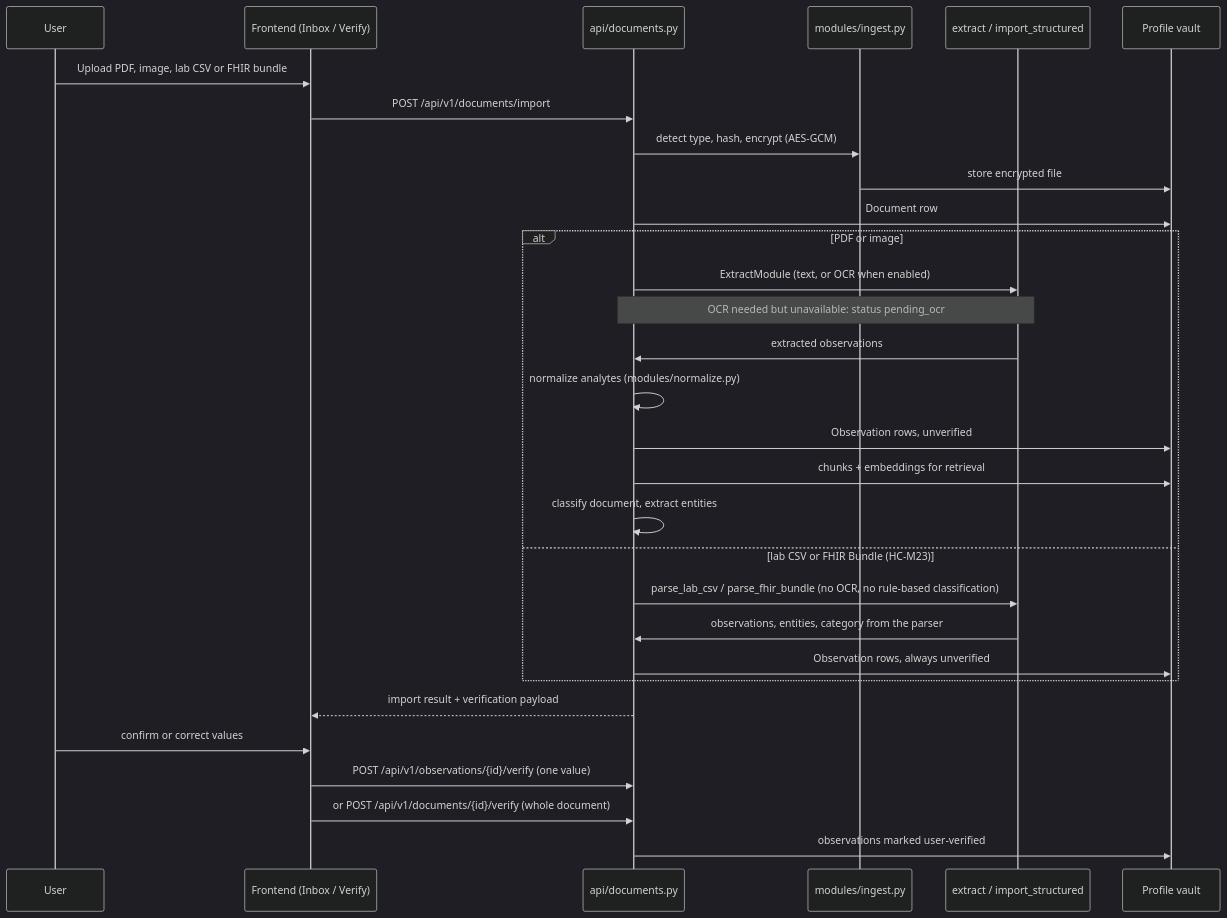
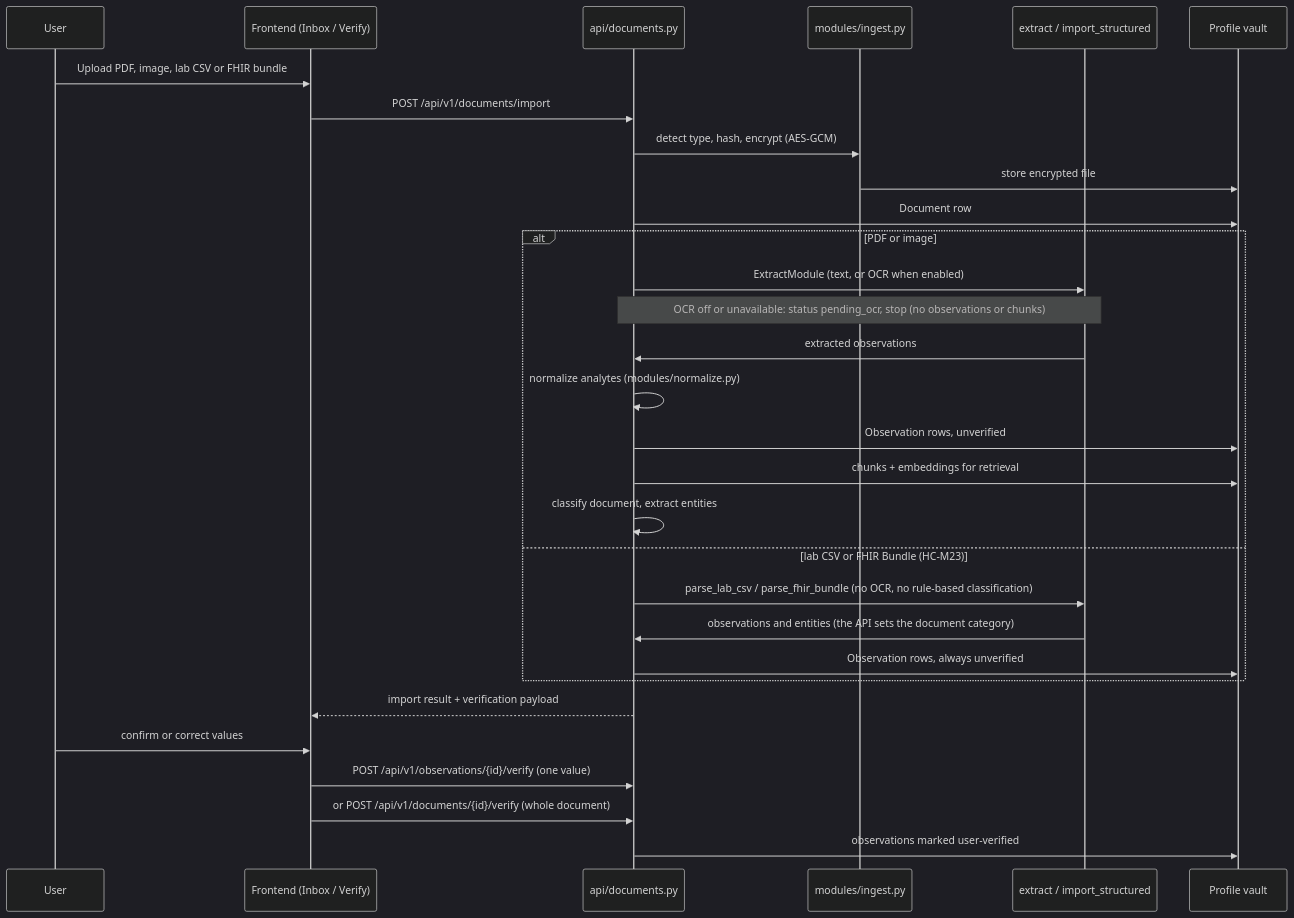
Before and after one commit to BrooklynD23/HealthCentral: the third of 4 diagrams in docs/architecture/overview.md, drawn with Mermaid (dark theme). The commit also changed other lines of this file and 6 other files, not shown here.

````diff
--- a/docs/architecture/overview.md
+++ b/docs/architecture/overview.md
@@ -108,33 +108,33 @@
 ```mermaid
 sequenceDiagram
     participant User
     participant UI as Frontend (Inbox / Verify)
     participant API as api/documents.py
     participant Ingest as modules/ingest.py
     participant Extract as extract / import_structured
     participant Vault as Profile vault
 
     User->>UI: Upload PDF, image, lab CSV or FHIR bundle
     UI->>API: POST /api/v1/documents/import
     API->>Ingest: detect type, hash, encrypt (AES-GCM)
     Ingest->>Vault: store encrypted file
     API->>Vault: Document row
     alt PDF or image
         API->>Extract: ExtractModule (text, or OCR when enabled)
-        Note over API,Extract: OCR needed but unavailable: status pending_ocr
+        Note over API,Extract: OCR off or unavailable: status pending_ocr, stop (no observations or chunks)
         Extract->>API: extracted observations
         API->>API: normalize analytes (modules/normalize.py)
         API->>Vault: Observation rows, unverified
         API->>Vault: chunks + embeddings for retrieval
         API->>API: classify document, extract entities
     else lab CSV or FHIR Bundle (HC-M23)
         API->>Extract: parse_lab_csv / parse_fhir_bundle (no OCR, no rule-based classification)
-        Extract->>API: observations, entities, category from the parser
+        Extract->>API: observations and entities (the API sets the document category)
         API->>Vault: Observation rows, always unverified
     end
     API-->>UI: import result + verification payload
     User->>UI: confirm or correct values
     UI->>API: POST /api/v1/observations/{id}/verify (one value)
     UI->>API: or POST /api/v1/documents/{id}/verify (whole document)
     API->>Vault: observations marked user-verified
 ```
````
